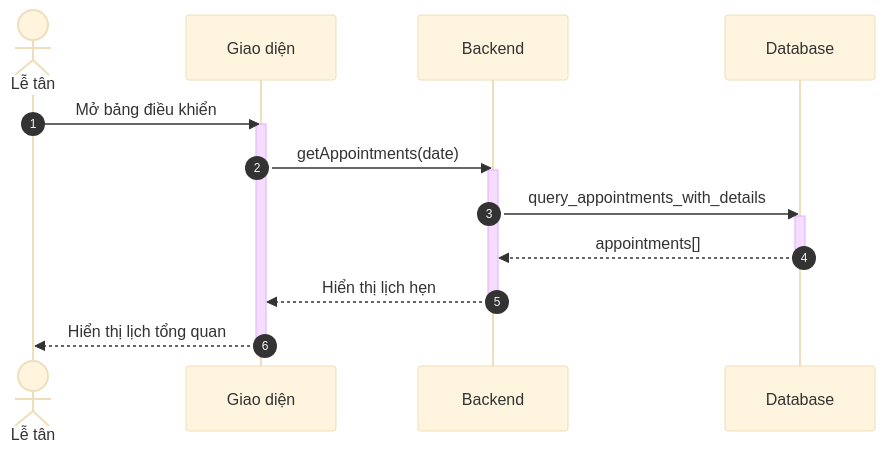
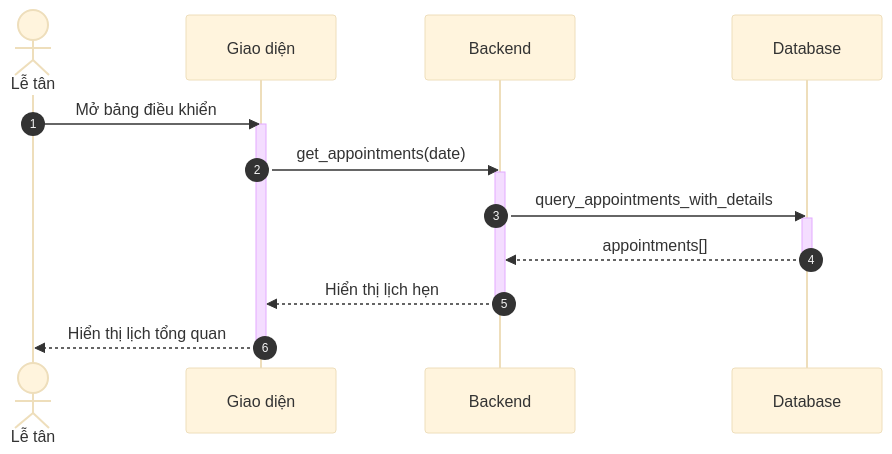
Before and after one commit to ngoctinn/Synapse: the first of 8 diagrams in docs/design/sequences/receptionist_flows.md, drawn with Mermaid (base theme). The commit also changed other lines of this file and 4 other files, not shown here.

Commit message:
docs: Add activity and sequence diagrams for authentication, customer, receptionist, and technician flows.

````diff
--- a/docs/design/sequences/receptionist_flows.md
+++ b/docs/design/sequences/receptionist_flows.md
@@ -28,24 +28,24 @@
 ```mermaid
 sequenceDiagram
     autonumber
     actor LT as Lễ tân
     participant UI as Giao diện
     participant BE as Backend
     participant DB as Database
 
     LT->>UI: Mở bảng điều khiển
     activate UI
-    UI->>BE: getAppointments(date)
+    UI->>BE: get_appointments(date)
     activate BE
 
     BE->>DB: query_appointments_with_details
     activate DB
     DB-->>BE: appointments[]
     deactivate DB
 
     BE-->>UI: Hiển thị lịch hẹn
     deactivate BE
 
     UI-->>LT: Hiển thị lịch tổng quan
     deactivate UI
 ```
````
